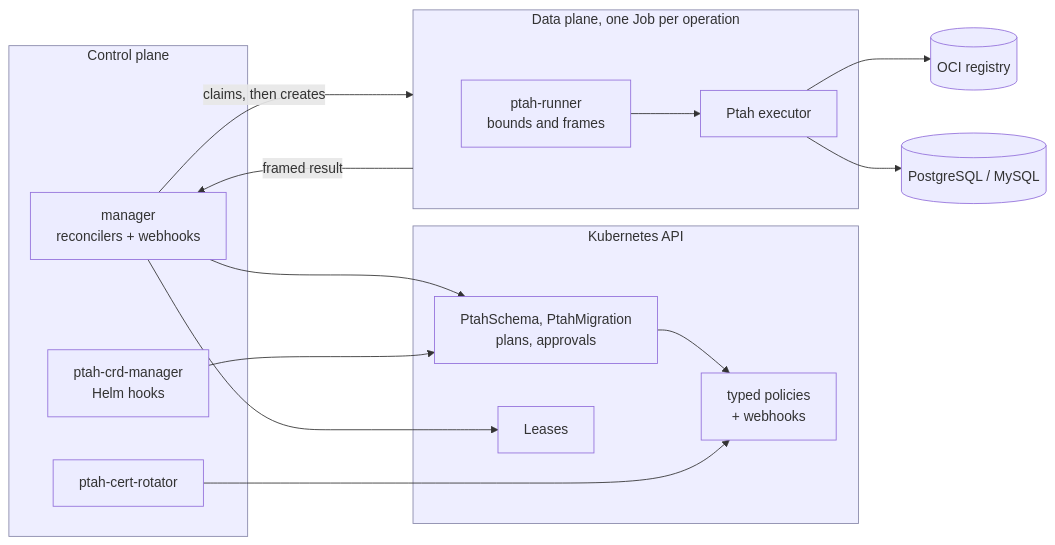
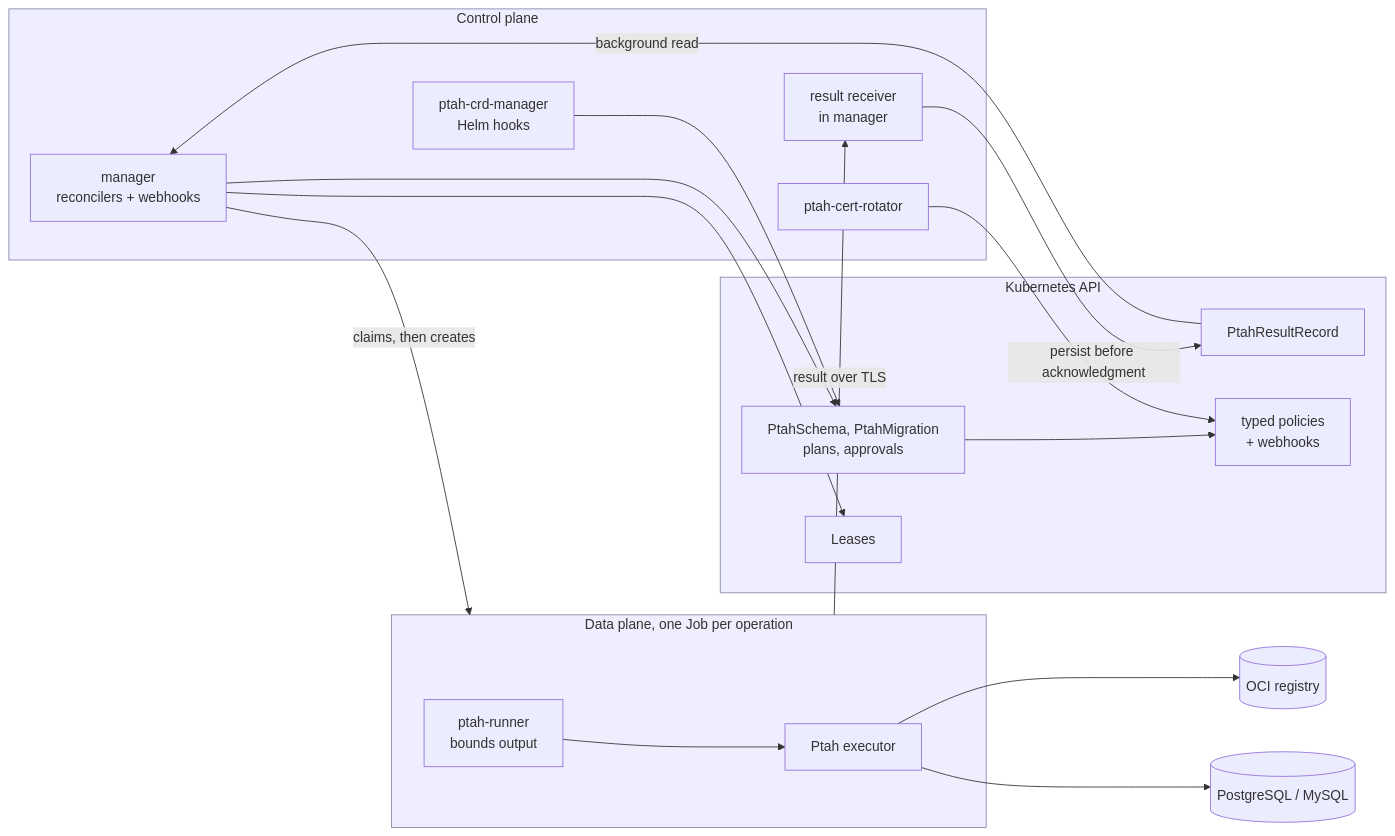
The diagram in docs/site/src/content/docs/reference/architecture.md (stokaro/ptah-operator), drawn with Mermaid before and after one commit. The commit also changed other lines of this file and 21 other files, not shown here.

````diff
--- a/docs/site/src/content/docs/reference/architecture.md
+++ b/docs/site/src/content/docs/reference/architecture.md
@@ -69,36 +70,40 @@
 ```mermaid
 flowchart LR
   subgraph cp["Control plane"]
     manager["manager<br/>reconcilers + webhooks"]
+    receiver["result receiver<br/>in manager"]
     rotator["ptah-cert-rotator"]
     crd["ptah-crd-manager<br/>Helm hooks"]
   end
 
   subgraph api["Kubernetes API"]
     kinds["PtahSchema, PtahMigration<br/>plans, approvals"]
+    results["PtahResultRecord"]
     guards["typed policies<br/>+ webhooks"]
     leases["Leases"]
   end
 
   subgraph dp["Data plane, one Job per operation"]
-    runner["ptah-runner<br/>bounds and frames"]
+    runner["ptah-runner<br/>bounds output"]
     ptah["Ptah executor"]
   end
 
   registry[("OCI registry")]
   database[("PostgreSQL / MySQL")]
 
   manager -->|"claims, then creates"| dp
   manager --> kinds
   kinds --> guards
   manager --> leases
   runner --> ptah
   ptah --> registry
   ptah --> database
-  dp -->|"framed result"| manager
+  dp -->|"result over TLS"| receiver
+  receiver -->|"persist before acknowledgment"| results
+  results -->|"background read"| manager
   rotator --> guards
   crd --> kinds
 
   classDef plane fill:#eef,stroke:#88a
   class cp,api,dp plane
 ```
````
